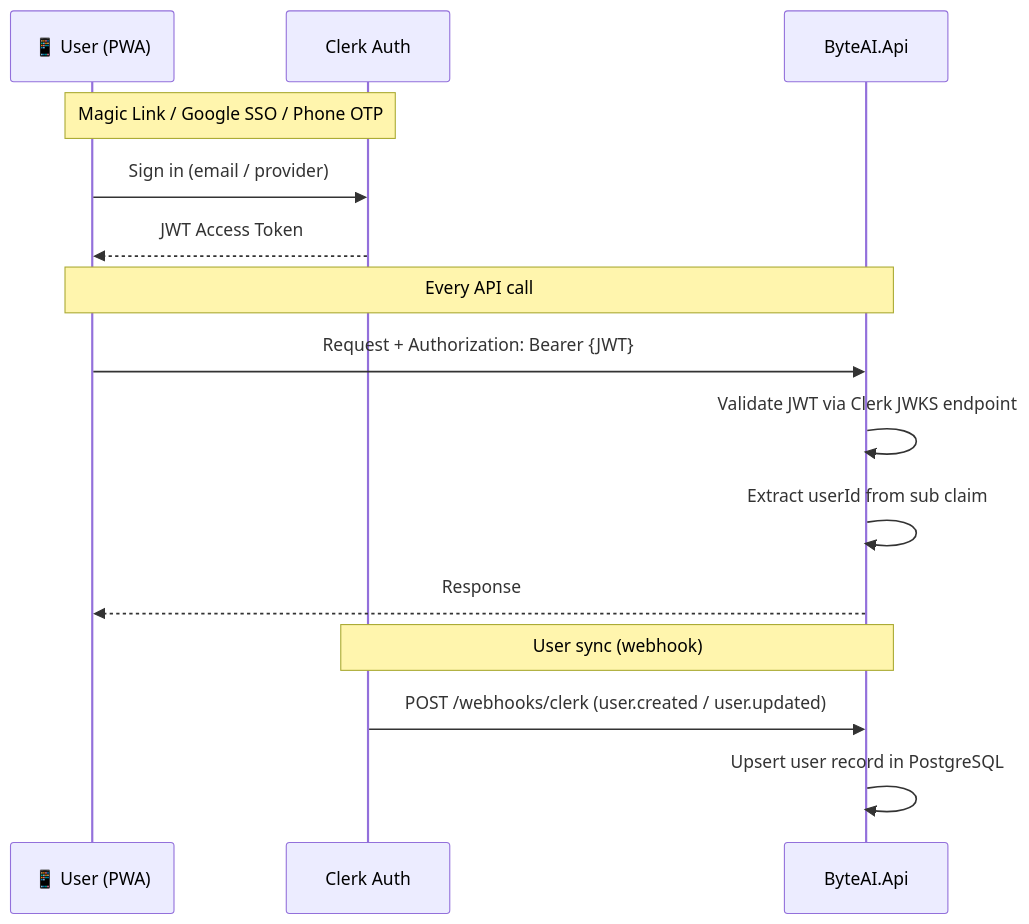
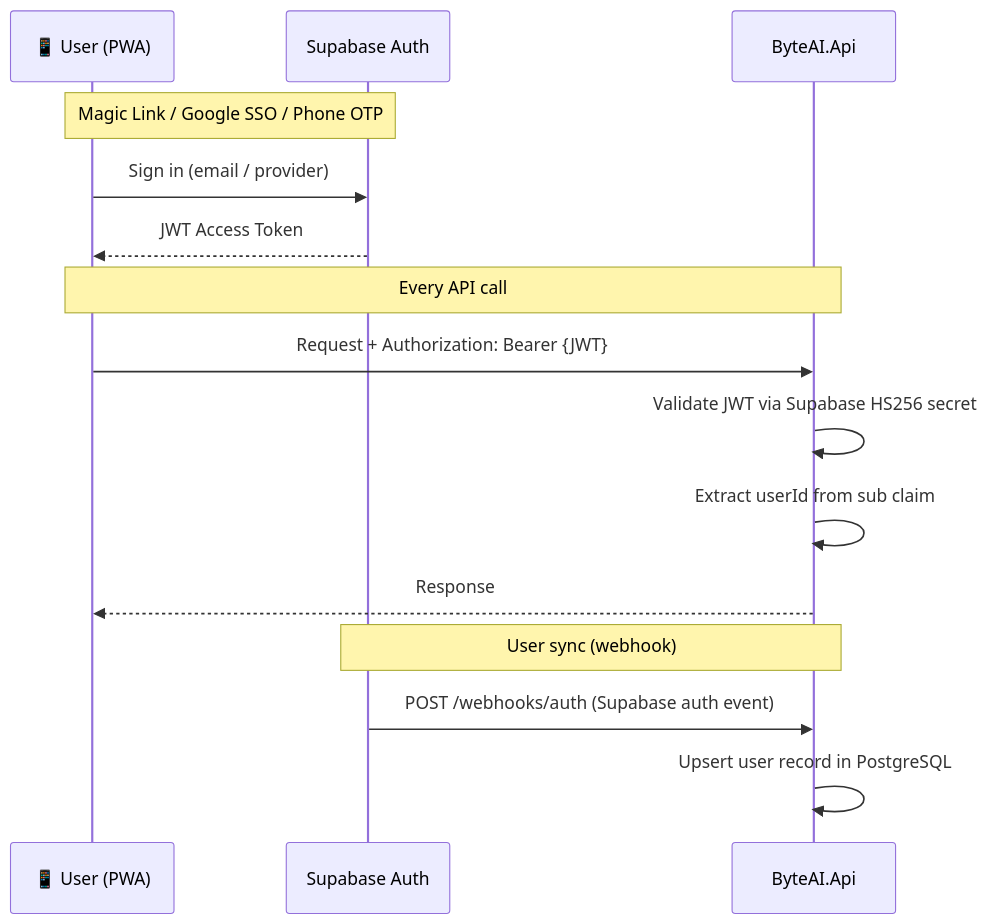
One commit to sravan4262/ByteAI changed the second of 4 diagrams in .claude/docs/byteai-backend-architecture.md. Above: the diagram before and after it, drawn with Mermaid. The commit also changed other lines of this file and 86 other files, not shown here.

````diff
--- a/.claude/docs/byteai-backend-architecture.md
+++ b/.claude/docs/byteai-backend-architecture.md
@@ -56,20 +56,20 @@
 ```mermaid
 sequenceDiagram
     participant U as 📱 User (PWA)
-    participant C as Clerk Auth
+    participant C as Supabase Auth
     participant A as ByteAI.Api
 
     Note over U,C: Magic Link / Google SSO / Phone OTP
     U->>C: Sign in (email / provider)
     C-->>U: JWT Access Token
 
     Note over U,A: Every API call
     U->>A: Request + Authorization: Bearer {JWT}
-    A->>A: Validate JWT via Clerk JWKS endpoint
+    A->>A: Validate JWT via Supabase HS256 secret
     A->>A: Extract userId from sub claim
     A-->>U: Response
 
     Note over C,A: User sync (webhook)
-    C->>A: POST /webhooks/clerk (user.created / user.updated)
+    C->>A: POST /webhooks/auth (Supabase auth event)
     A->>A: Upsert user record in PostgreSQL
 ```
````
